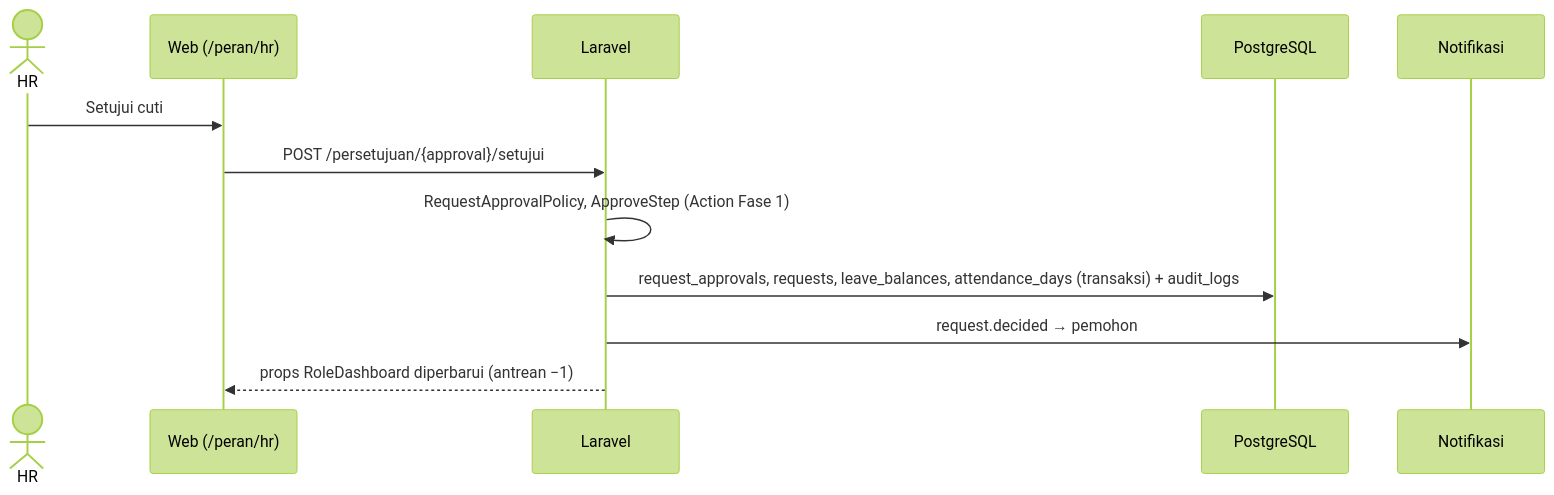
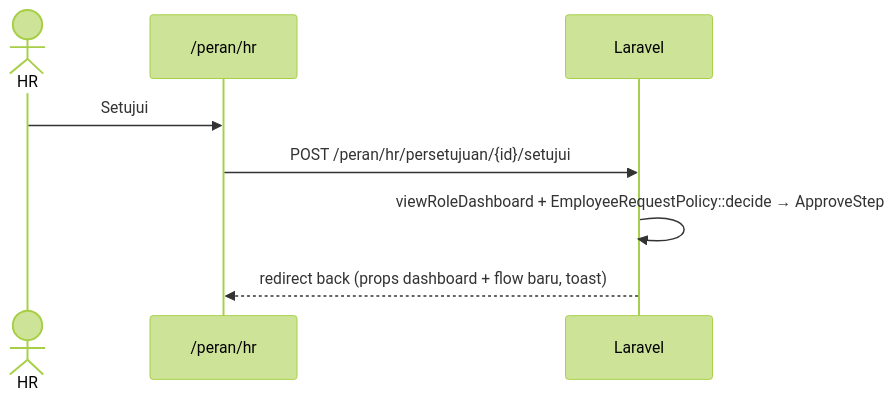
Before and after one commit to faris315mfaf-ai/ruang-kerja: the diagram in docs/fitur/dashboard-peran.md, drawn with Mermaid (forest theme). The commit also changed other lines of this file and 29 other files, not shown here.

First line of the commit message:
docs(peran): status Nyata dashboard per jabatan, tangkapan layar baru

````diff
--- a/docs/fitur/dashboard-peran.md
+++ b/docs/fitur/dashboard-peran.md
@@ -121,14 +64,10 @@
 ```mermaid
 sequenceDiagram
     actor H as HR
-    participant W as Web (/peran/hr)
+    participant W as /peran/hr
     participant L as Laravel
-    participant DB as PostgreSQL
-    participant N as Notifikasi
-    H->>W: Setujui cuti
-    W->>L: POST /persetujuan/{approval}/setujui
-    L->>L: RequestApprovalPolicy, ApproveStep (Action Fase 1)
-    L->>DB: request_approvals, requests, leave_balances, attendance_days (transaksi) + audit_logs
-    L->>N: request.decided → pemohon
-    L-->>W: props RoleDashboard diperbarui (antrean −1)
+    H->>W: Setujui
+    W->>L: POST /peran/hr/persetujuan/{id}/setujui
+    L->>L: viewRoleDashboard + EmployeeRequestPolicy::decide → ApproveStep
+    L-->>W: redirect back (props dashboard + flow baru, toast)
 ```
````
